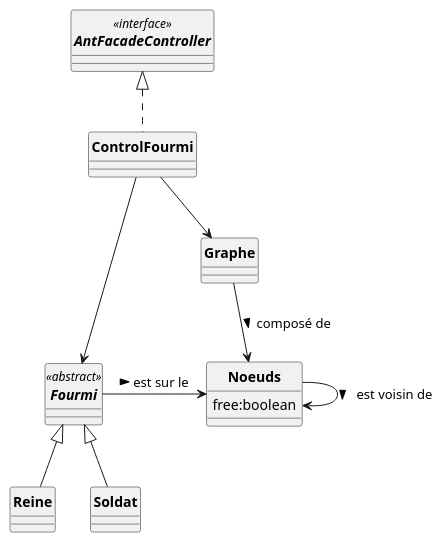
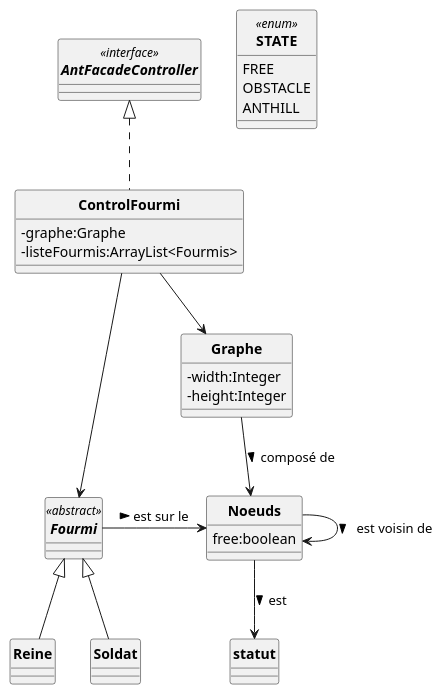
One commit to ErenMustafaGit/ColonieFourmis changed the diagram in src/main/uml/Fourmis_DCa.puml. Above: the diagram before and after it, drawn with PlantUML. The commit also changed 4 other files, not shown here.

```diff
--- a/src/main/uml/Fourmis_DCa.puml
+++ b/src/main/uml/Fourmis_DCa.puml
@@ -1,39 +1,50 @@
 @startuml
 'https://plantuml.com/sequence-diagram
 skinparam style strictuml
 skinparam classAttributeIconSize 0
 skinparam circledCharacterRadius 0
 skinparam circledCharacterFontSize 0
 skinparam classFontStyle Bold
 'autonumber
 
 interface AntFacadeController<<interface>>{
 
 }
 
+enum STATE <<enum>> {
+    FREE
+    OBSTACLE
+    ANTHILL
+}
+
+
 class Graphe {
-
+     -width:Integer
+     -height:Integer
 }
 class Noeuds{
 free:boolean
 }
 
 abstract Fourmi <<abstract>>{
 
 }
 
 class Reine extends Fourmi{
 }
 class Soldat extends Fourmi{
 }
 
 class ControlFourmi implements AntFacadeController{
+    -graphe:Graphe
+    -listeFourmis:ArrayList<Fourmis>
 }
 
 Noeuds -> Noeuds : est voisin de >
 ControlFourmi --> Graphe
 ControlFourmi ---> Fourmi
 Graphe --> Noeuds : composé de >
 Fourmi  -> Noeuds : est sur le >
+Noeuds -->  statut : est >
 
 @enduml
```
